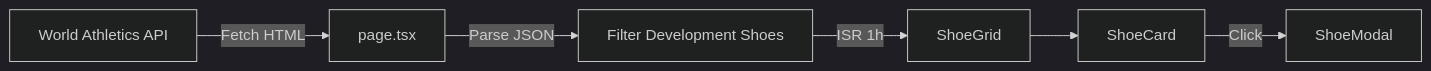
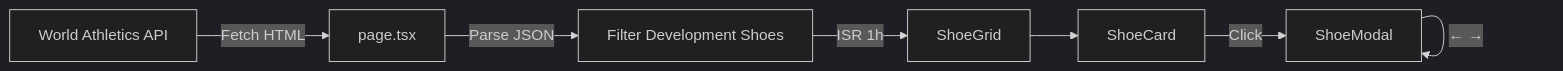
One commit to kimsain/new_shoes changed the diagram in README.md. Above: the diagram before and after it, drawn with Mermaid (dark theme). The commit also changed other lines of this file, not shown here.

````diff
--- a/README.md
+++ b/README.md
@@ -93,8 +137,9 @@
 ```mermaid
 graph LR
     A[World Athletics API] -->|Fetch HTML| B[page.tsx]
     B -->|Parse JSON| C[Filter Development Shoes]
     C -->|ISR 1h| D[ShoeGrid]
     D --> E[ShoeCard]
     E -->|Click| F[ShoeModal]
+    F -->|← →| F
 ```
````
